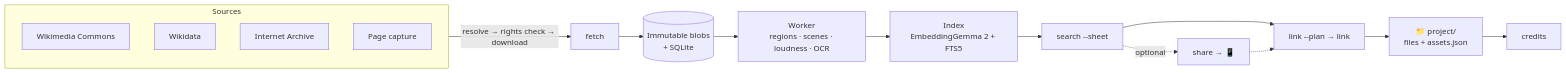
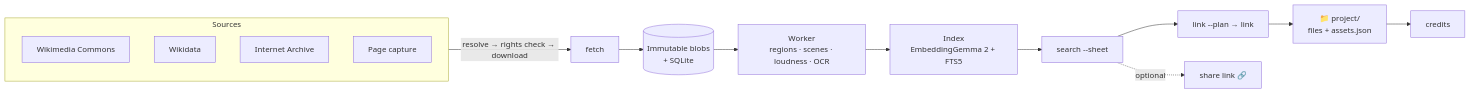
Before and after one commit to lee813/Proproom: the second of 2 diagrams in README.md, drawn with Mermaid. The commit also changed other lines of this file and 2 other files, not shown here.

First line of the commit message:
Make share links view-only

````diff
--- a/README.md
+++ b/README.md
@@ -224,19 +222,18 @@
 ```mermaid
 flowchart LR
     subgraph Sources
       C[Wikimedia Commons]
       W[Wikidata]
       I[Internet Archive]
       K[Page capture]
     end
     Sources -->|resolve → rights check → download| F[fetch]
     F --> B[(Immutable blobs<br/>+ SQLite)]
     B --> WK[Worker<br/>regions · scenes · loudness · OCR]
     WK --> IX[Index<br/>EmbeddingGemma 2 + FTS5]
     IX --> S[search --sheet]
     S --> L[link --plan → link]
-    S -.->|optional| SH[share → 📱]
-    SH -.-> L
+    S -.->|optional| SH[share link 🔗]
     L --> PR[📁 project/<br/>files + assets.json]
     PR --> CR[credits]
 ```
````
